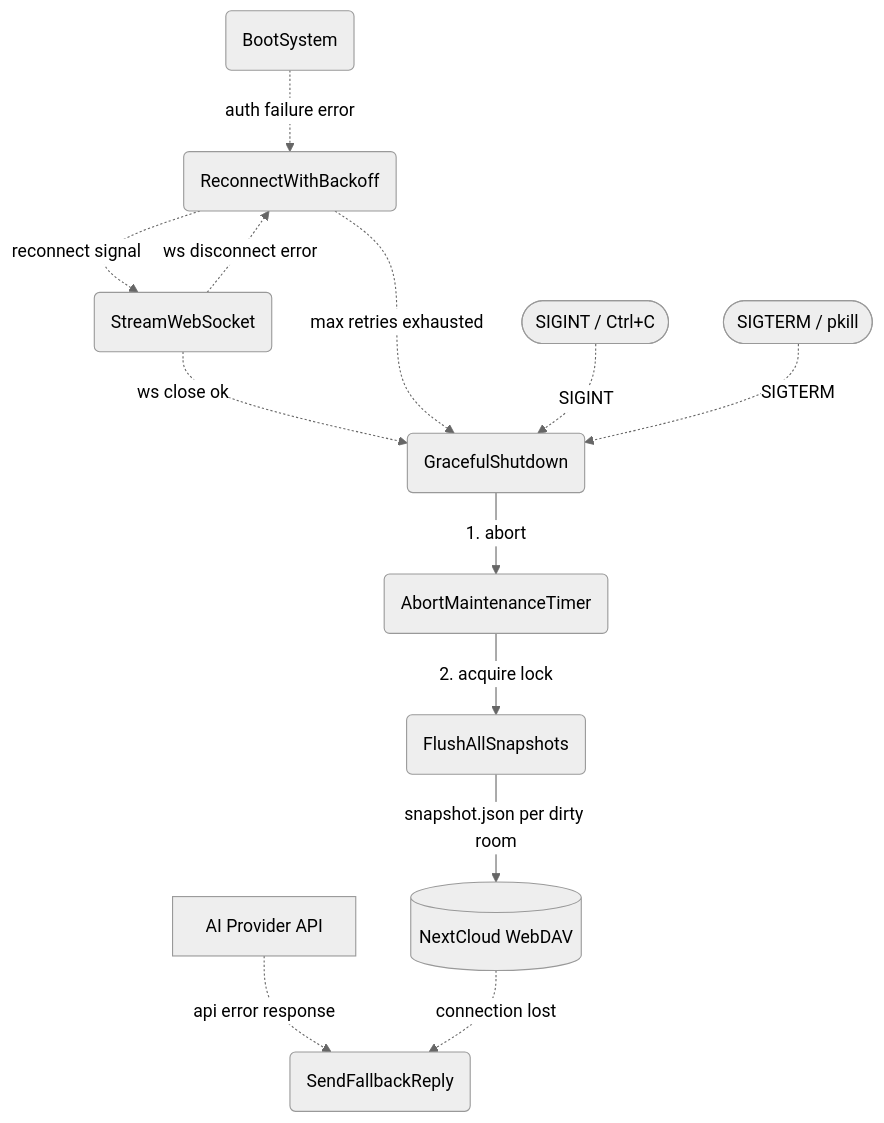
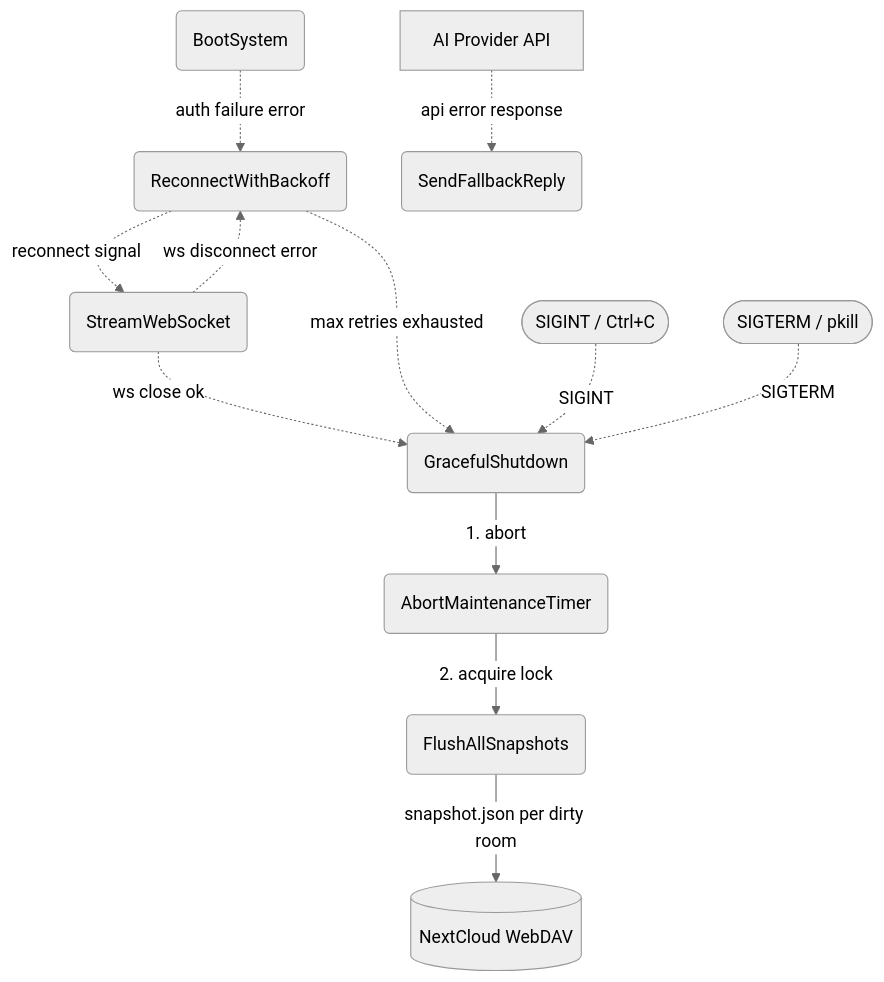
One commit to cosmoswafer/rockbot changed the second of 4 diagrams in _dfds/agent-loop.md. Above: the diagram before and after it, drawn with Mermaid (neutral theme). The commit also changed other lines of this file and 8 other files, not shown here.

````diff
--- a/_dfds/agent-loop.md
+++ b/_dfds/agent-loop.md
@@ -80,27 +78,26 @@
 ```mermaid
 flowchart TD
     START(BootSystem)
     WS(StreamWebSocket)
     AI[AI Provider API]
     DAV[(NextCloud WebDAV)]
     RECONNECT(ReconnectWithBackoff)
     FALLBACK(SendFallbackReply)
     SIGINT([SIGINT / Ctrl+C])
     SIGTERM([SIGTERM / pkill])
     SHUTDOWN(GracefulShutdown)
     ABORT_TIMER(AbortMaintenanceTimer)
     FLUSH(FlushAllSnapshots)
 
     START -.->|"auth failure error"| RECONNECT
     WS -.->|"ws disconnect error"| RECONNECT
     WS -.->|"ws close ok"| SHUTDOWN
     RECONNECT -.->|"reconnect signal"| WS
     RECONNECT -.->|"max retries exhausted"| SHUTDOWN
     AI -.->|"api error response"| FALLBACK
-    DAV -.->|"connection lost"| FALLBACK
     SIGINT -.->|"SIGINT"| SHUTDOWN
     SIGTERM -.->|"SIGTERM"| SHUTDOWN
     SHUTDOWN -->|"1. abort"| ABORT_TIMER
     ABORT_TIMER -->|"2. acquire lock"| FLUSH
     FLUSH -->|"snapshot.json per dirty room"| DAV
 ```
````
